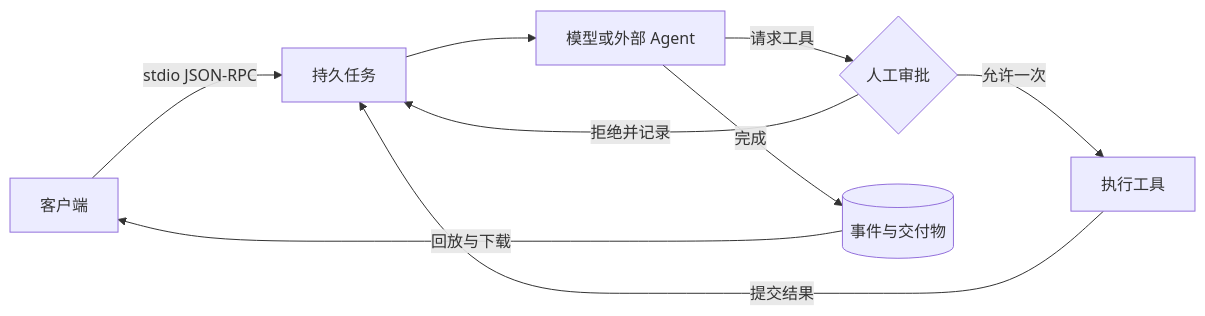
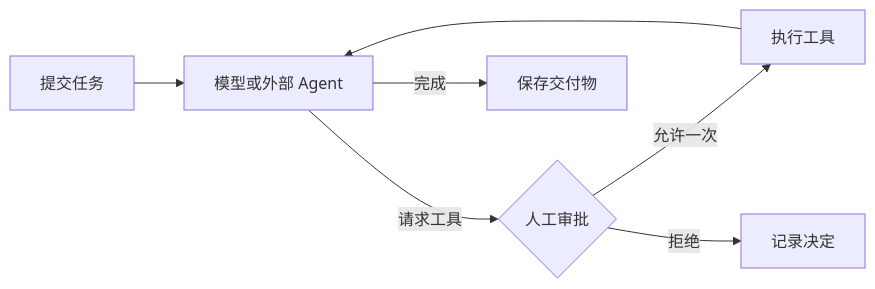
One commit to AuronaLabs/Fliuno changed the diagram in README.md. Above: the diagram before and after it, drawn with Mermaid. The commit also changed other lines of this file and 5 other files, not shown here.

````diff
--- a/README.md
+++ b/README.md
@@ -50,11 +45,9 @@
 ```mermaid
 flowchart LR
-  Client[客户端] -->|stdio JSON-RPC| Task[持久任务]
-  Task --> Step[模型或外部 Agent]
+  Task[提交任务] --> Step[模型或外部 Agent]
   Step -->|请求工具| Review{人工审批}
-  Review -->|允许一次| Run[执行工具]
-  Run -->|提交结果| Task
-  Review -->|拒绝并记录| Task
-  Step -->|完成| Store[(事件与交付物)]
-  Store -->|回放与下载| Client
+  Review -->|允许一次| Tool[执行工具]
+  Tool --> Step
+  Review -->|拒绝| Record[记录决定]
+  Step -->|完成| Output[保存交付物]
 ```
````
